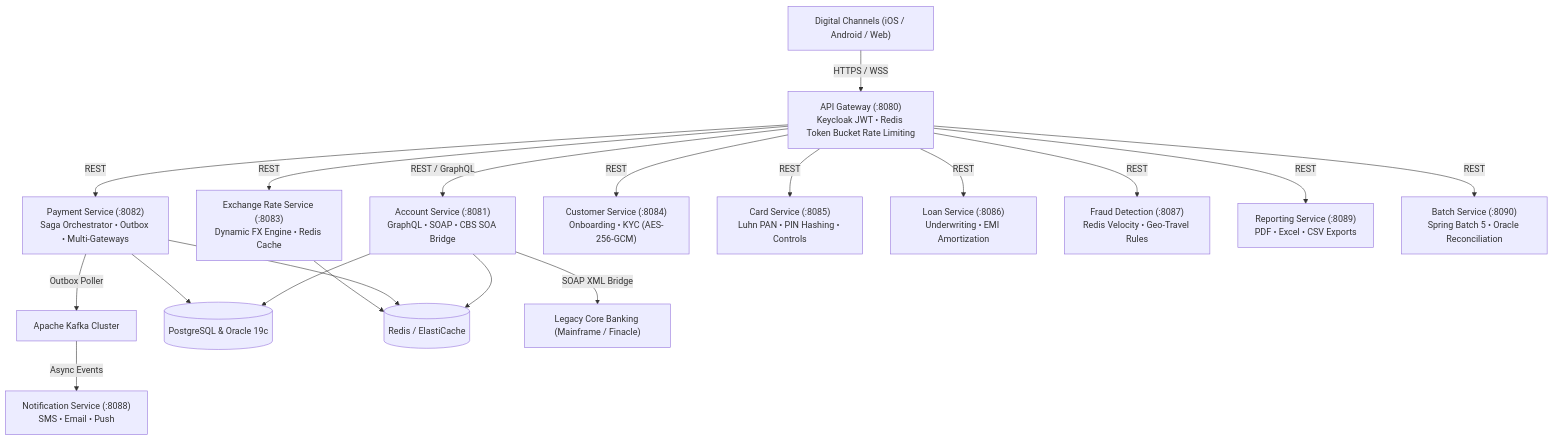
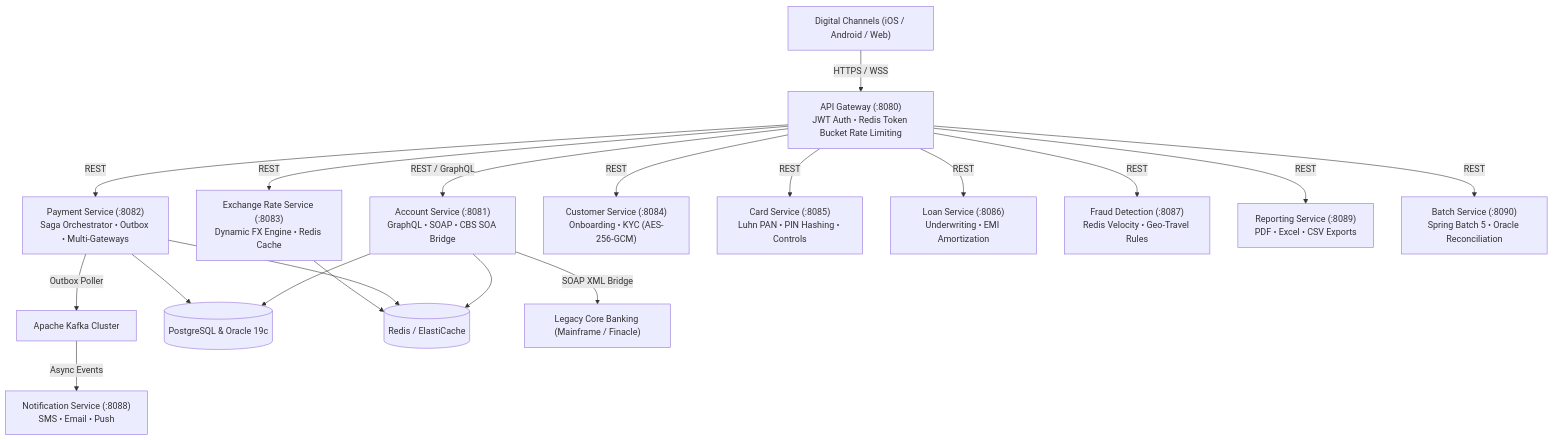
Before and after one commit to Aaseya120/FintechEnterprisePlatform: the diagram in README.md, drawn with Mermaid. The commit also changed other lines of this file and 463 other files, not shown here.

````diff
--- a/README.md
+++ b/README.md
@@ -18,25 +18,25 @@
 ```mermaid
 graph TD
-    Client["Digital Channels (iOS / Android / Web)"] -->|HTTPS / WSS| APIGW["API Gateway (:8080)<br/>Keycloak JWT • Redis Token Bucket Rate Limiting"]
+    Client["Digital Channels (iOS / Android / Web)"] -->|HTTPS / WSS| APIGW["API Gateway (:8080)<br/>JWT Auth • Redis Token Bucket Rate Limiting"]
     
     APIGW -->|REST / GraphQL| Acc["Account Service (:8081)<br/>GraphQL • SOAP • CBS SOA Bridge"]
     APIGW -->|REST| Pay["Payment Service (:8082)<br/>Saga Orchestrator • Outbox • Multi-Gateways"]
     APIGW -->|REST| Fx["Exchange Rate Service (:8083)<br/>Dynamic FX Engine • Redis Cache"]
     APIGW -->|REST| Cust["Customer Service (:8084)<br/>Onboarding • KYC (AES-256-GCM)"]
     APIGW -->|REST| Card["Card Service (:8085)<br/>Luhn PAN • PIN Hashing • Controls"]
     APIGW -->|REST| Loan["Loan Service (:8086)<br/>Underwriting • EMI Amortization"]
     APIGW -->|REST| Fraud["Fraud Detection (:8087)<br/>Redis Velocity • Geo-Travel Rules"]
     APIGW -->|REST| Rep["Reporting Service (:8089)<br/>PDF • Excel • CSV Exports"]
     APIGW -->|REST| Batch["Batch Service (:8090)<br/>Spring Batch 5 • Oracle Reconciliation"]
 
     Pay -->|Outbox Poller| Kafka["Apache Kafka Cluster"]
     Kafka -->|Async Events| Notif["Notification Service (:8088)<br/>SMS • Email • Push"]
 
     Acc --> DB[(PostgreSQL & Oracle 19c)]
     Pay --> DB
     Acc --> Redis[(Redis / ElastiCache)]
     Pay --> Redis
     Fx --> Redis
 
     Acc -->|SOAP XML Bridge| LegacyCBS["Legacy Core Banking (Mainframe / Finacle)"]
 ```
````
